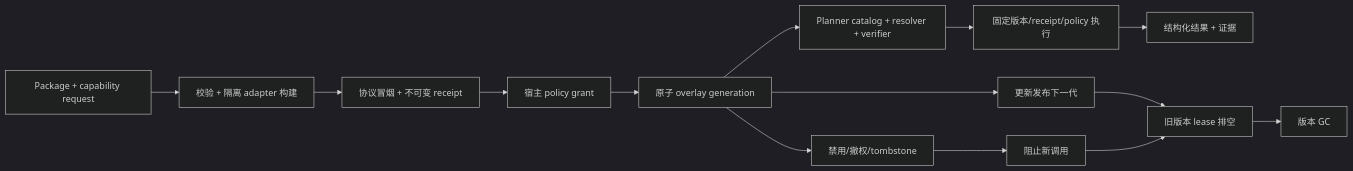
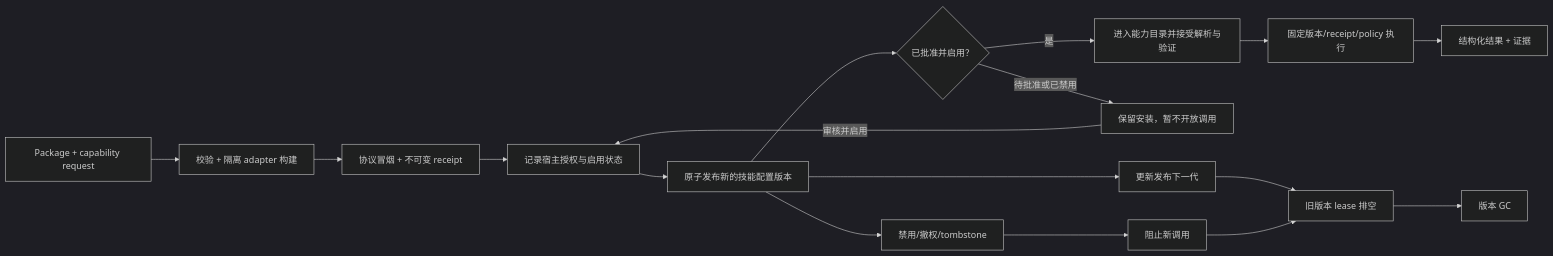
Before and after one commit to MatrixCoreX/RustClaw: the eighth of 9 diagrams in README.zh-CN.md, drawn with Mermaid (dark theme). The commit also changed other lines of this file and 3 other files, not shown here.

````diff
--- a/README.zh-CN.md
+++ b/README.zh-CN.md
@@ -999,16 +1020,19 @@
 ```mermaid
 flowchart LR
     A[Package + capability request] --> B[校验 + 隔离 adapter 构建]
     B --> C[协议冒烟 + 不可变 receipt]
-    C --> D[宿主 policy grant]
-    D --> E[原子 overlay generation]
-    E --> F[Planner catalog + resolver + verifier]
+    C --> D[记录宿主授权与启用状态]
+    D --> E[原子发布新的技能配置版本]
+    E --> EN{已批准并启用？}
+    EN -->|是| F[进入能力目录并接受解析与验证]
+    EN -->|待批准或已禁用| WAIT[保留安装，暂不开放调用]
+    WAIT -->|审核并启用| D
     F --> G[固定版本/receipt/policy 执行]
     G --> H[结构化结果 + 证据]
     E --> I[更新发布下一代]
     I --> J[旧版本 lease 排空]
     J --> K[版本 GC]
     E --> L[禁用/撤权/tombstone]
     L --> M[阻止新调用]
     M --> J
 ```
````
